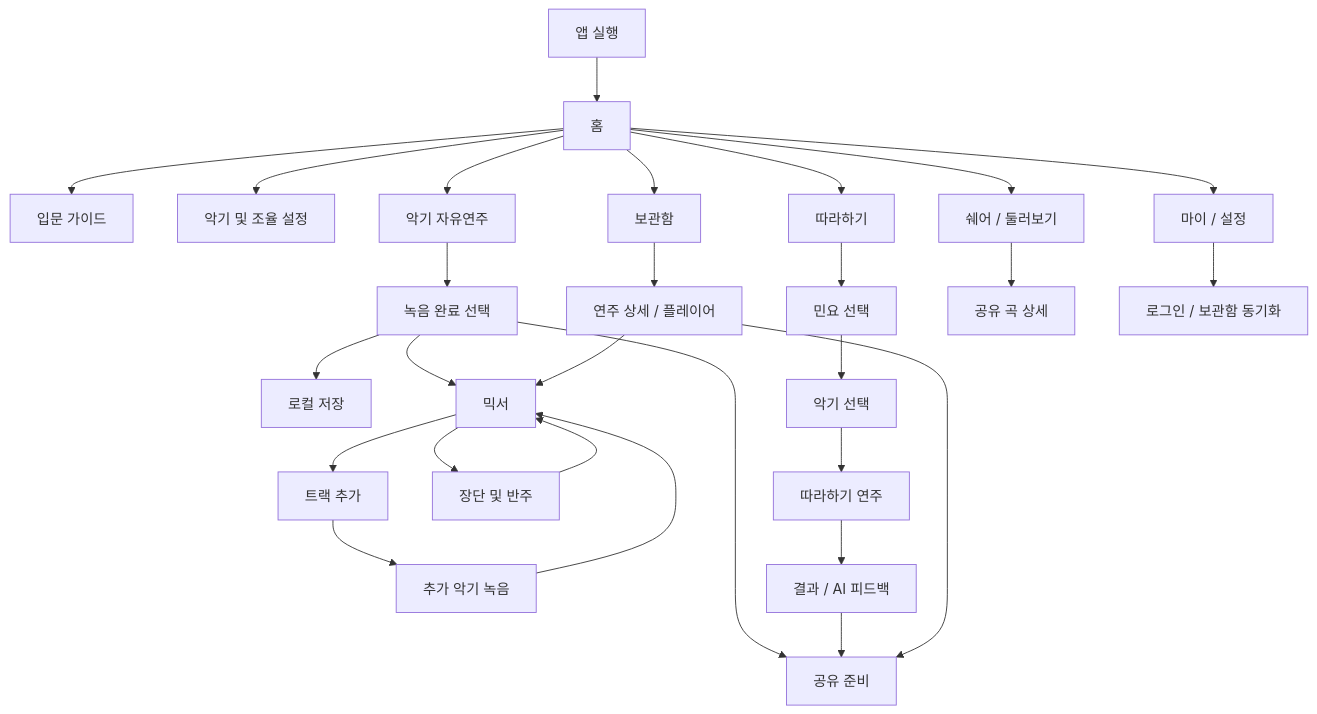
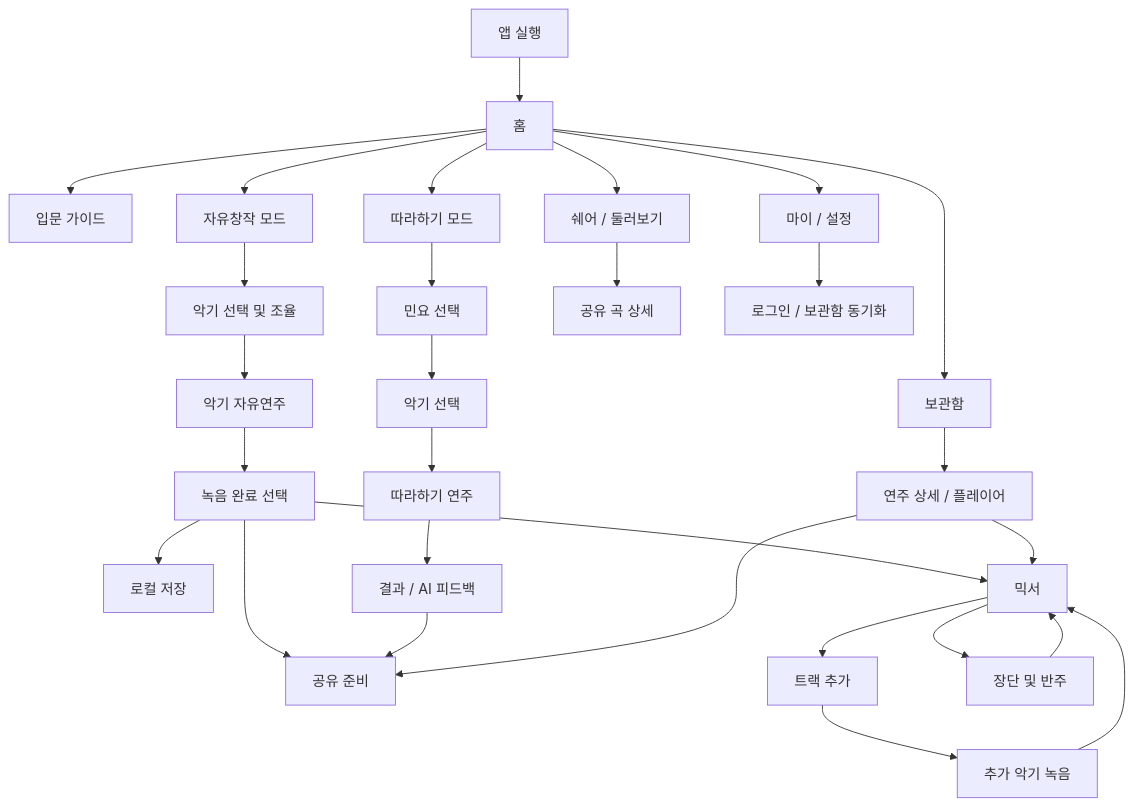
Before and after one commit to logan0741/GARAK-AI-Gugak-Studio: the diagram in front/docs/product/screen-flow/current-screen-flow.md, drawn with Mermaid. The commit also changed other lines of this file and 4 other files, not shown here.

````diff
--- a/front/docs/product/screen-flow/current-screen-flow.md
+++ b/front/docs/product/screen-flow/current-screen-flow.md
@@ -94,36 +95,38 @@
 ```mermaid
 flowchart TD
     App["앱 실행"] --> Home["홈"]
 
     Home --> Guide["입문 가이드"]
-    Home --> InstrumentSettings["악기 및 조율 설정"]
-    Home --> FreePlay["악기 자유연주"]
-    Home --> PracticeEntry["따라하기"]
+    Home --> FreeMode["자유창작 모드"]
+    Home --> PracticeEntry["따라하기 모드"]
     Home --> Library["보관함"]
     Home --> ShareFeed["쉐어 / 둘러보기"]
     Home --> Settings["마이 / 설정"]
+
+    FreeMode --> InstrumentSettings["악기 선택 및 조율"]
+    InstrumentSettings --> FreePlay["악기 자유연주"]
 
     FreePlay --> RecordDone["녹음 완료 선택"]
     RecordDone --> SaveLocal["로컬 저장"]
     RecordDone --> Mixer["믹서"]
     RecordDone --> SharePrepare["공유 준비"]
 
     Mixer --> AddTrack["트랙 추가"]
     AddTrack --> ExtraInstrumentRecord["추가 악기 녹음"]
     ExtraInstrumentRecord --> Mixer
     Mixer --> JangdanPanel["장단 및 반주"]
     JangdanPanel --> Mixer
 
     PracticeEntry --> SongSelect["민요 선택"]
     SongSelect --> PracticeInstrument["악기 선택"]
     PracticeInstrument --> PracticePlay["따라하기 연주"]
     PracticePlay --> PracticeResult["결과 / AI 피드백"]
     PracticeResult --> SharePrepare
 
     Library --> RecordingDetail["연주 상세 / 플레이어"]
     RecordingDetail --> Mixer
     RecordingDetail --> SharePrepare
 
     ShareFeed --> SharedDetail["공유 곡 상세"]
     Settings --> LoginSync["로그인 / 보관함 동기화"]
 ```
````
